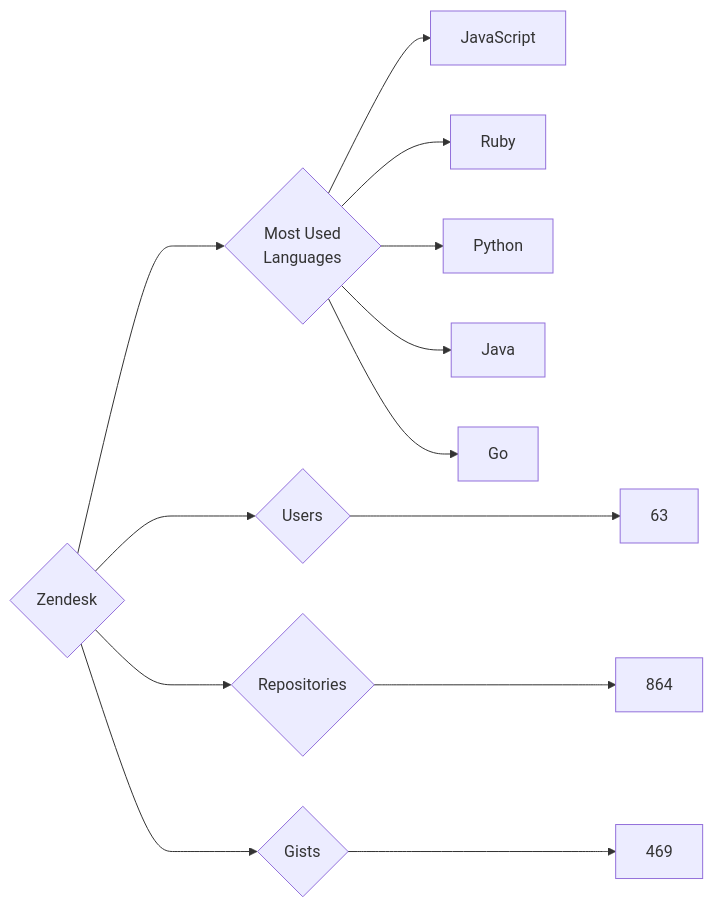
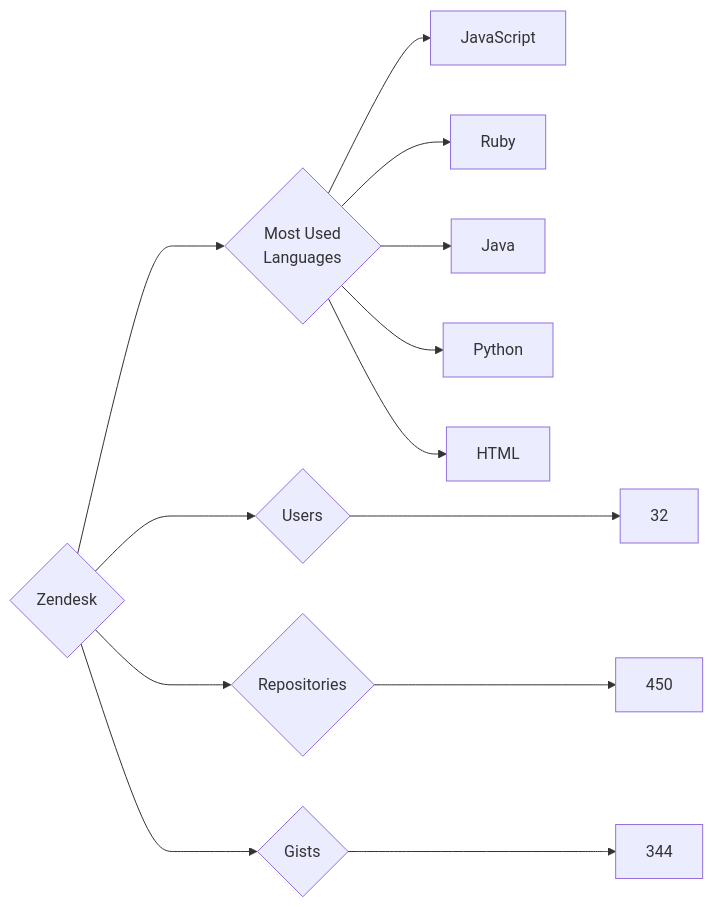
One commit to trickest/insiders changed the diagram in targets/Zendesk/README.md. Above: the diagram before and after it, drawn with Mermaid. The commit also changed 953 other files, not shown here.

````diff
--- a/targets/Zendesk/README.md
+++ b/targets/Zendesk/README.md
@@ -3,13 +3,13 @@
 ```mermaid
 graph LR
 COMPANY_NAME{Zendesk}
-COMPANY_NAME ---> U{Users} ---> UN[63]
-COMPANY_NAME ---> R{Repositories} ---> RN[864]
-COMPANY_NAME ---> G{Gists} ---> GN[469]
+COMPANY_NAME ---> U{Users} ---> UN[32]
+COMPANY_NAME ---> R{Repositories} ---> RN[450]
+COMPANY_NAME ---> G{Gists} ---> GN[344]
 COMPANY_NAME ---> ML{Most Used<br>Languages}
 ML --> JavaScript[JavaScript]
 ML --> Ruby[Ruby]
+ML --> Java[Java]
 ML --> Python[Python]
-ML --> Java[Java]
-ML --> Go[Go]
+ML --> HTML[HTML]
 ```
````
